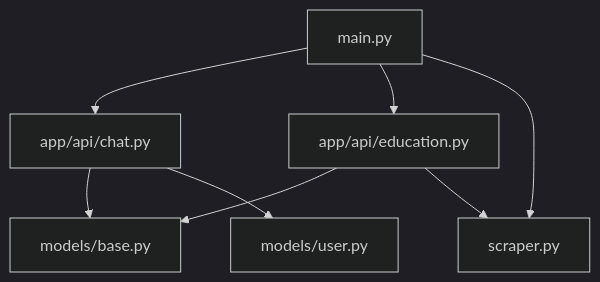
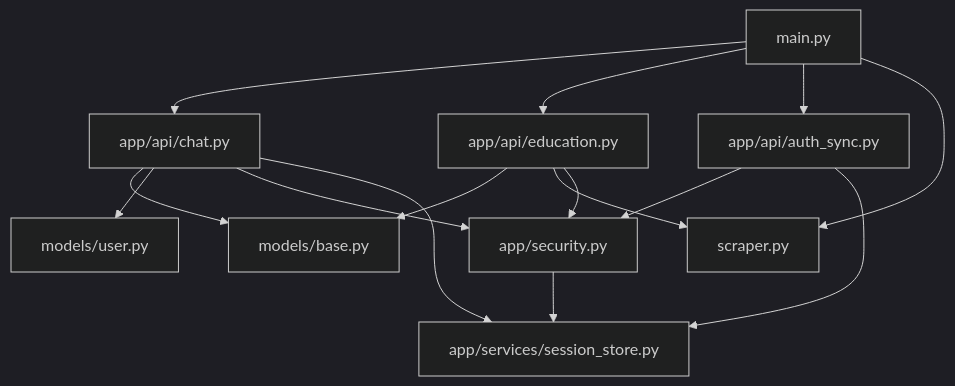
The fifth of 5 diagrams in .qoder/repowiki/zh/content/部署与运维/安全加固.md (ghbbn053-ship-itsoulddog/soulddog), drawn with Mermaid (dark theme) before and after one commit. The commit also changed other lines of this file and 119 other files, not shown here.

````diff
--- a/.qoder/repowiki/zh/content/部署与运维/安全加固.md
+++ b/.qoder/repowiki/zh/content/部署与运维/安全加固.md
@@ -232,16 +389,26 @@
 ```mermaid
 graph TB
 MAIN["main.py"]
 CHAT["app/api/chat.py"]
 EDU["app/api/education.py"]
+AUTH["app/api/auth_sync.py"]
+SEC["app/security.py"]
+STORE["app/services/session_store.py"]
 SCR["scraper.py"]
 DB["models/base.py"]
 USER["models/user.py"]
 MAIN --> CHAT
 MAIN --> EDU
+MAIN --> AUTH
 MAIN --> SCR
 CHAT --> DB
 CHAT --> USER
+CHAT --> SEC
+CHAT --> STORE
 EDU --> DB
 EDU --> SCR
+EDU --> SEC
+AUTH --> SEC
+AUTH --> STORE
+SEC --> STORE
 ```
````
